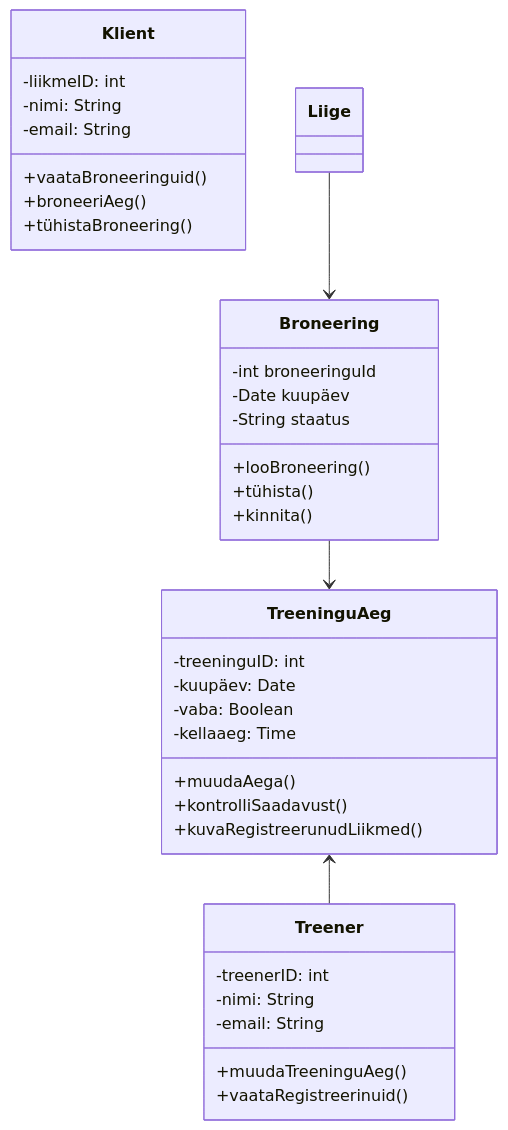
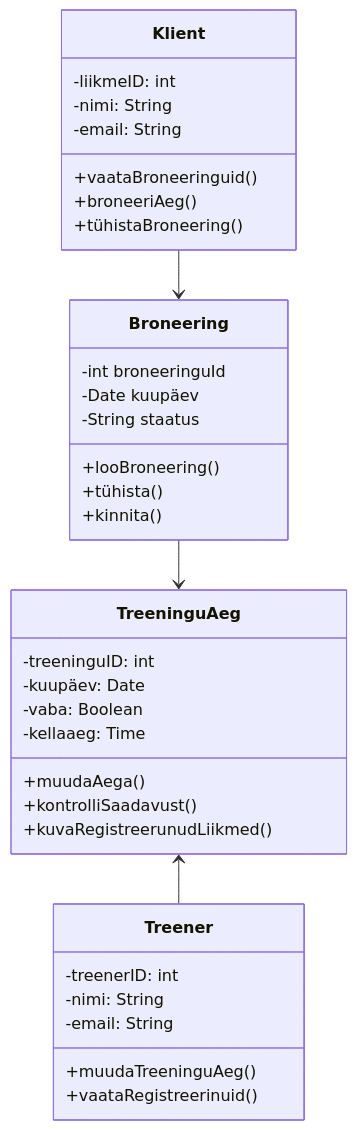
One commit to Nikitoosss123/Jousaali-broneering changed the diagram in README.md. Above: the diagram before and after it, drawn with Mermaid.

Commit message:
change name class v2 BY Nikita Kirejev

````diff
--- a/README.md
+++ b/README.md
@@ -30,39 +30,39 @@
 ```mermaid
 classDiagram
     class Klient {
         -liikmeID: int
         -nimi: String
         -email: String
         +vaataBroneeringuid()
         +broneeriAeg()
         +tühistaBroneering()
     }
     class Broneering {
         -int broneeringuId
         -Date kuupäev
         -String staatus
         +looBroneering()
         +tühista()
         +kinnita()
     }
     class TreeninguAeg{
         -treeninguID: int
         -kuupäev: Date
         -vaba: Boolean
         -kellaaeg: Time
         +muudaAega()
         +kontrolliSaadavust()
         +kuvaRegistreerunudLiikmed()
     }
     class Treener{
         -treenerID: int
         -nimi: String
         -email: String
         +muudaTreeninguAeg()
         +vaataRegistreerinuid()
 
     }
-    Liige  -->  Broneering
+    Klient  -->  Broneering
     Broneering --> TreeninguAeg
     TreeninguAeg <-- Treener
 ```
````
